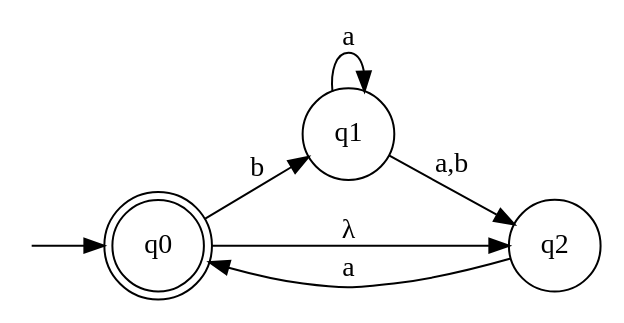
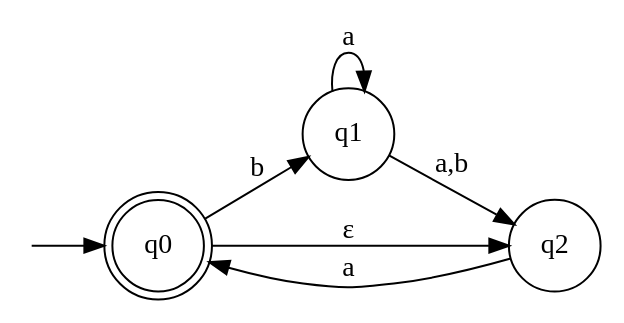
The diagram in chapters/images/ilustra-dot/afn1.dot (luizedsilva/Livro-LTC), drawn with Graphviz before and after one commit. The commit also changed 126 other files, not shown here.

```diff
--- a/chapters/images/ilustra-dot/afn1.dot
+++ b/chapters/images/ilustra-dot/afn1.dot
@@ -1,13 +1,13 @@
 digraph automato_naodeterministico {
 	rankdir=LR;
 	size="8,5"
 	node [shape = point, color=white, fontcolor=white]; start;
 	node [shape = doublecircle, color=black, fontcolor=black]; q0;
 	node [shape = circle]; q1; q2;
 	start -> q0 
-	q0 -> q2 [ label = "&#955;" ];
+	q0 -> q2 [ label="ε" ];
 	q0 -> q1 [ label = "b" ];
 	q2 -> q0 [ label = "a" ];
 	q1 -> q1 [ label = "a" ];
 	q1 -> q2 [ label = "a,b" ];
 }
```
